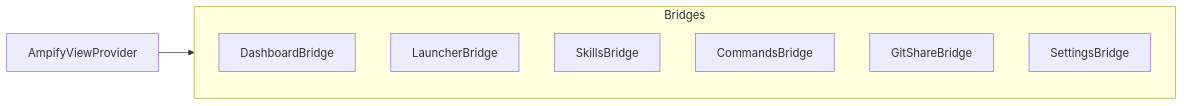
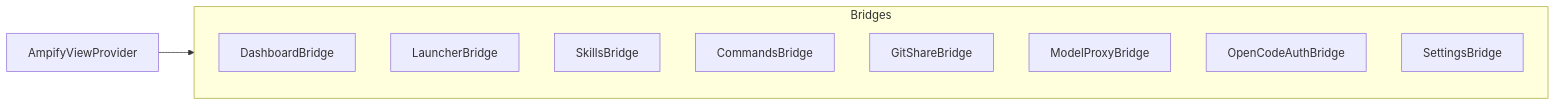
The second of 4 diagrams in .agents/skills/ampify-dev-guide/references/module-mainview.md (NAMEWTA/Ampify), drawn with Mermaid before and after one commit. The commit also changed other lines of this file and 14 other files, not shown here.

````diff
--- a/.agents/skills/ampify-dev-guide/references/module-mainview.md
+++ b/.agents/skills/ampify-dev-guide/references/module-mainview.md
@@ -37,13 +37,15 @@
 ```mermaid
 flowchart LR
     subgraph Bridges
         DB[DashboardBridge]
         LB[LauncherBridge]
         SB[SkillsBridge]
         CB[CommandsBridge]
         GB[GitShareBridge]
+        MP[ModelProxyBridge]
+        OA[OpenCodeAuthBridge]
         ST[SettingsBridge]
     end
 
     VP[AmpifyViewProvider] --> Bridges
 ```
````
